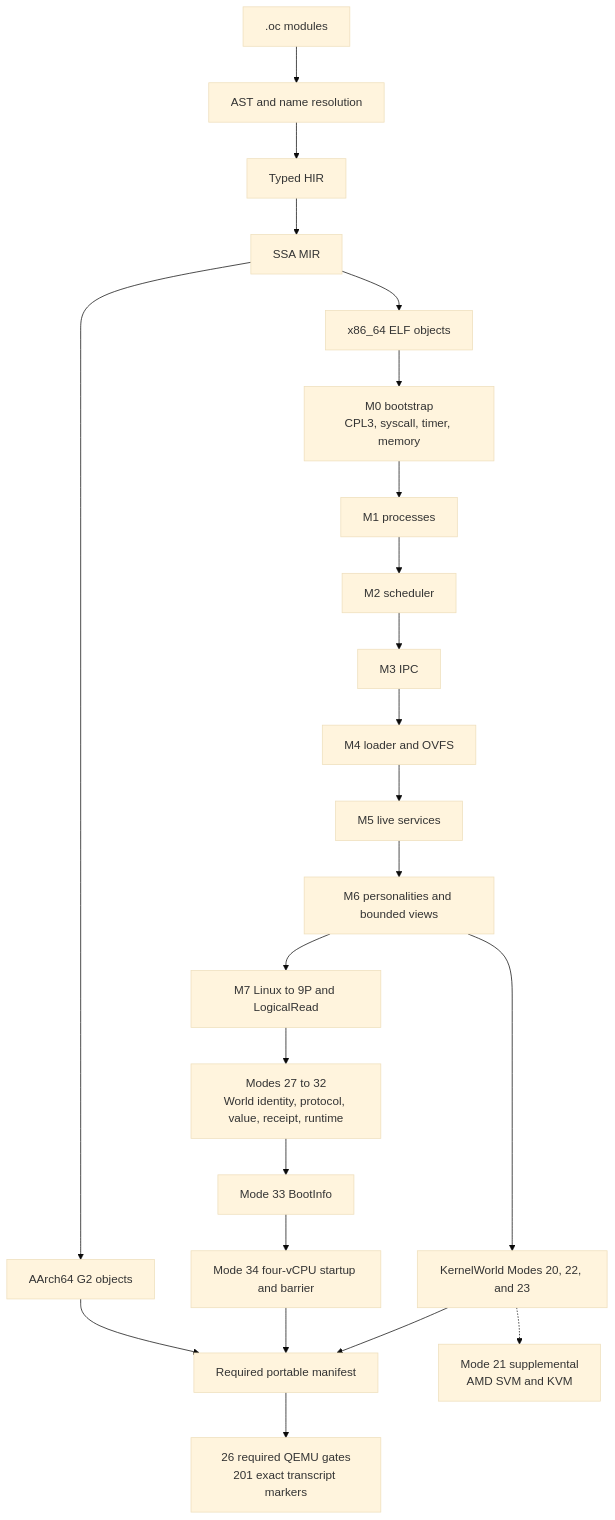
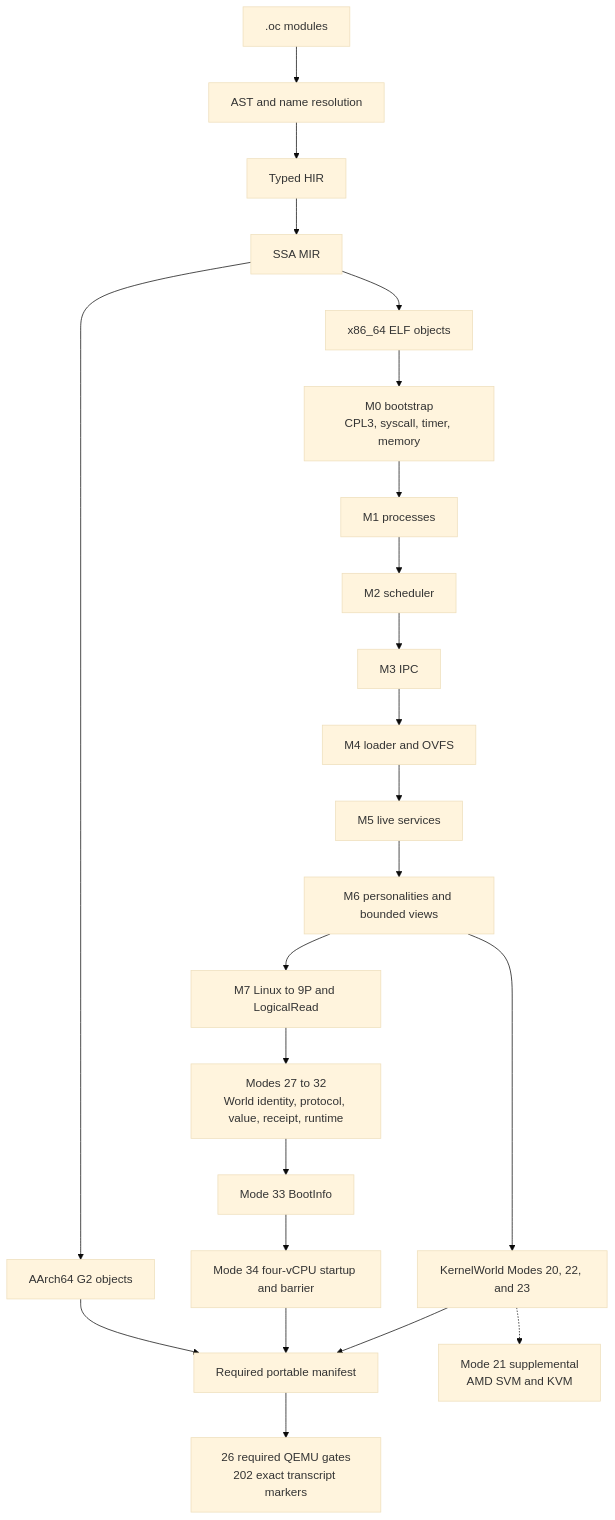
One commit to lostadi/OSTADIX changed the sixth of 6 diagrams in README.md. Above: the diagram before and after it, drawn with Mermaid (base theme). The commit also changed other lines of this file and 16 other files, not shown here.

````diff
--- a/README.md
+++ b/README.md
@@ -5198,20 +5197,20 @@
 ```mermaid
 flowchart TD
     S[".oc modules"] --> A["AST and name resolution"]
     A --> H["Typed HIR"] --> M["SSA MIR"]
     M --> X["x86_64 ELF objects"]
     M --> G2["AArch64 G2 objects"]
     X --> B["M0 bootstrap<br/>CPL3, syscall, timer, memory"]
     B --> P["M1 processes"] --> C["M2 scheduler"] --> I["M3 IPC"]
     I --> L["M4 loader and OVFS"] --> V["M5 live services"]
     V --> F["M6 personalities and bounded views"]
     F --> N["M7 Linux to 9P and LogicalRead"]
     N --> W["Modes 27 to 32<br/>World identity, protocol, value, receipt, runtime"]
     W --> BI["Mode 33 BootInfo"] --> SMP["Mode 34 four-vCPU startup and barrier"]
     F --> KW["KernelWorld Modes 20, 22, and 23"]
     G2 --> Q["Required portable manifest"]
     SMP --> Q
     KW --> Q
-    Q --> E["26 required QEMU gates<br/>201 exact transcript markers"]
+    Q --> E["26 required QEMU gates<br/>202 exact transcript markers"]
     KW -.-> HW["Mode 21 supplemental<br/>AMD SVM and KVM"]
 ```
````
